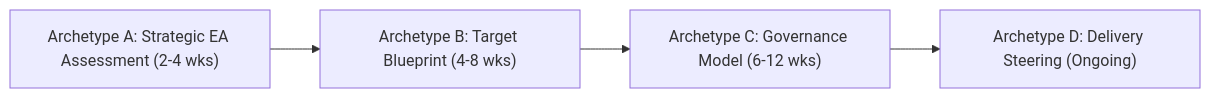
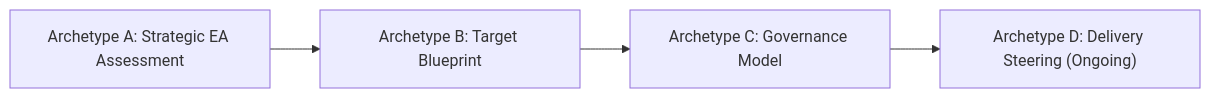
The second of 2 diagrams in docs/sop/index.md (avfranco-br/portfolio), drawn with Mermaid before and after one commit. The commit also changed other lines of this file and 7 other files, not shown here.

````diff
--- a/docs/sop/index.md
+++ b/docs/sop/index.md
@@ -82,6 +82,6 @@
 ```mermaid
 graph LR
-    ArchetypeA["Archetype A: Strategic EA Assessment (2-4 wks)"] --> ArchetypeB["Archetype B: Target Blueprint (4-8 wks)"]
-    ArchetypeB --> ArchetypeC["Archetype C: Governance Model (6-12 wks)"]
+    ArchetypeA["Archetype A: Strategic EA Assessment"] --> ArchetypeB["Archetype B: Target Blueprint"]
+    ArchetypeB --> ArchetypeC["Archetype C: Governance Model"]
     ArchetypeC --> ArchetypeD["Archetype D: Delivery Steering (Ongoing)"]
 ```
````
